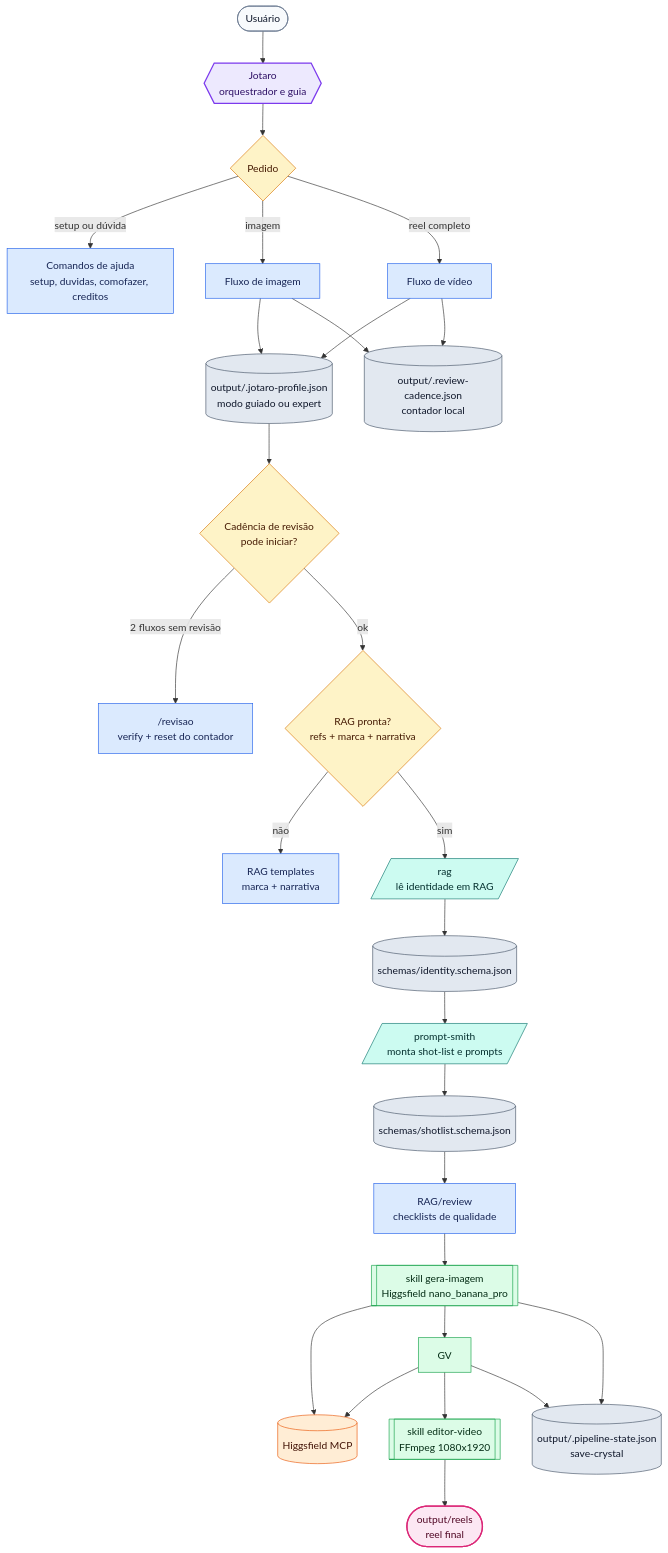
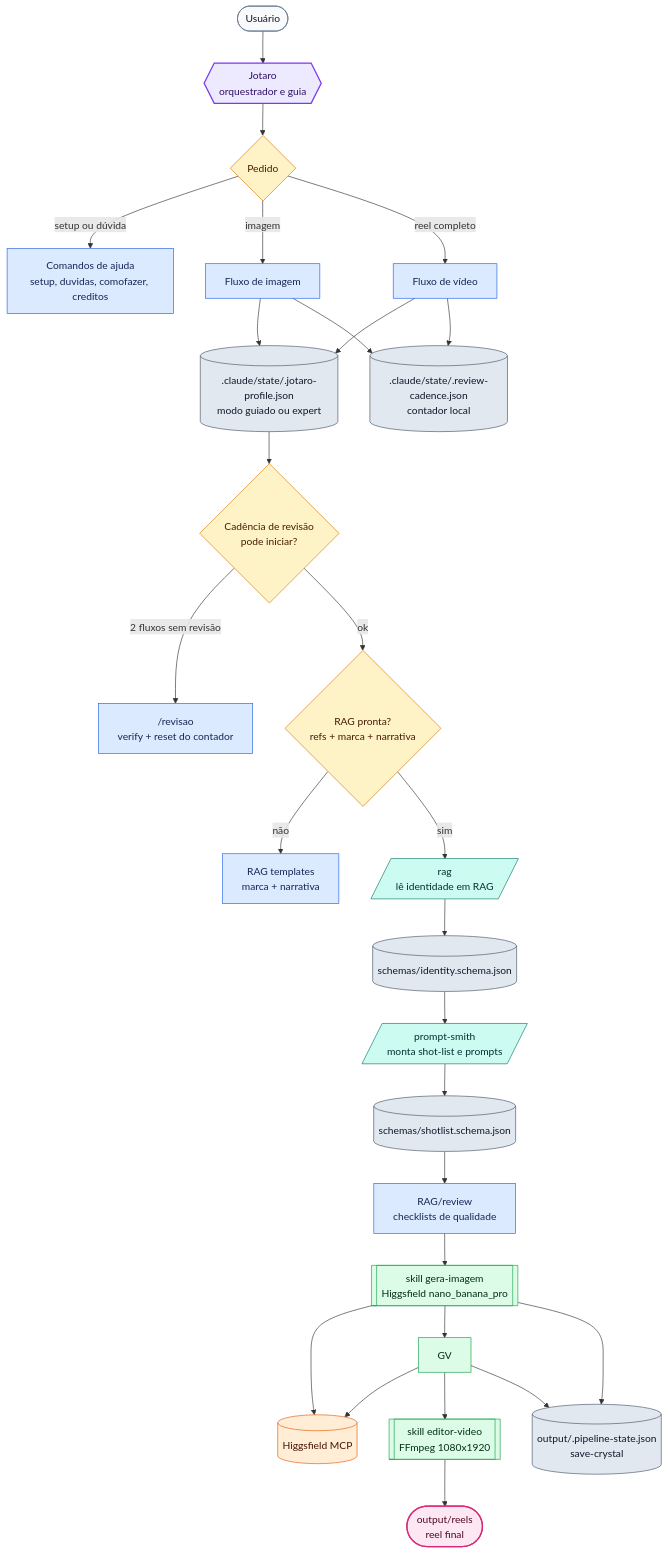
One commit to Joaoppob/trampolean-image-video-generator changed the first of 2 diagrams in README.md. Above: the diagram before and after it, drawn with Mermaid. The commit also changed other lines of this file and 14 other files, not shown here.

````diff
--- a/README.md
+++ b/README.md
@@ -74,54 +75,54 @@
 ```mermaid
 flowchart TD
   U([Usuário]) --> J{{Jotaro<br/>orquestrador e guia}}
 
   J --> S{Pedido}
   S -->|"setup ou dúvida"| HELP["Comandos de ajuda<br/>setup, duvidas, comofazer, creditos"]
   S -->|"imagem"| IMG_FLOW["Fluxo de imagem"]
   S -->|"reel completo"| VID_FLOW["Fluxo de vídeo"]
 
-  IMG_FLOW --> PROF[("output/.jotaro-profile.json<br/>modo guiado ou expert")]
+  IMG_FLOW --> PROF[(".claude/state/.jotaro-profile.json<br/>modo guiado ou expert")]
   VID_FLOW --> PROF
   PROF --> C1{"Cadência de revisão<br/>pode iniciar?"}
   C1 -->|"2 fluxos sem revisão"| REV["/revisao<br/>verify + reset do contador"]
   C1 -->|"ok"| RAG_READY{"RAG pronta?<br/>refs + marca + narrativa"}
   RAG_READY -->|"não"| RAG_FIX["RAG templates<br/>marca + narrativa"]
   RAG_READY -->|"sim"| RAG[/rag<br/>lê identidade em RAG/]
 
   RAG --> ID_SCHEMA[("schemas/identity.schema.json")]
   ID_SCHEMA --> PS[/prompt-smith<br/>monta shot-list e prompts/]
   PS --> SHOT_SCHEMA[("schemas/shotlist.schema.json")]
   SHOT_SCHEMA --> REVIEW["RAG/review<br/>checklists de qualidade"]
   REVIEW --> GI[[skill gera-imagem<br/>Higgsfield nano_banana_pro]]
   GI --> HF[("Higgsfield MCP")]
 
   GI --> GV
   GV --> HF
   GV --> ED[[skill editor-video<br/>FFmpeg 1080x1920]]
   ED --> OUT([output/reels<br/>reel final])
 
   GI --> STATE[("output/.pipeline-state.json<br/>save-crystal")]
   GV --> STATE
-  IMG_FLOW --> RC[("output/.review-cadence.json<br/>contador local")]
+  IMG_FLOW --> RC[(".claude/state/.review-cadence.json<br/>contador local")]
   VID_FLOW --> RC
 
   classDef user fill:#f8fafc,stroke:#64748b,color:#0f172a,stroke-width:1px;
   classDef orchestrator fill:#ede9fe,stroke:#7c3aed,color:#2e1065,stroke-width:2px;
   classDef decision fill:#fef3c7,stroke:#d97706,color:#451a03,stroke-width:1px;
   classDef command fill:#dbeafe,stroke:#2563eb,color:#172554,stroke-width:1px;
   classDef agent fill:#ccfbf1,stroke:#0f766e,color:#042f2e,stroke-width:1px;
   classDef skill fill:#dcfce7,stroke:#16a34a,color:#052e16,stroke-width:1px;
   classDef state fill:#e2e8f0,stroke:#475569,color:#0f172a,stroke-width:1px;
   classDef external fill:#ffedd5,stroke:#ea580c,color:#431407,stroke-width:1px;
   classDef output fill:#fce7f3,stroke:#db2777,color:#500724,stroke-width:2px;
 
   class U user;
   class J orchestrator;
   class S,C1,RAG_READY decision;
   class HELP,IMG_FLOW,VID_FLOW,REV,RAG_FIX,REVIEW command;
   class RAG,PS agent;
   class GI,GV,ED skill;
   class PROF,ID_SCHEMA,SHOT_SCHEMA,STATE,RC state;
   class HF external;
   class OUT output;
 ```
````
